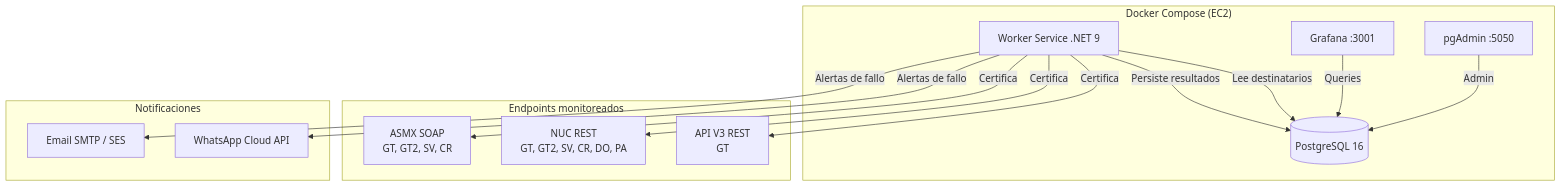
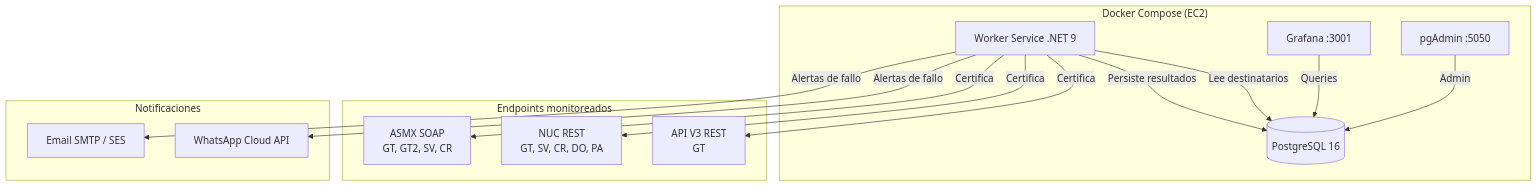
The diagram in README.md (alehernandezdf/RegionalCertMonitor), drawn with Mermaid before and after one commit. The commit also changed other lines of this file, not shown here.

Commit message:
[AHL][BE-672] docs - Correccion: GT2 solo monitorea ASMX (NucCertEndpoint vacio en appsettings.GT2.json)

````diff
--- a/README.md
+++ b/README.md
@@ -41,30 +41,30 @@
 ```mermaid
 graph TB
     subgraph "Docker Compose (EC2)"
         WS[Worker Service .NET 9]
         PG[(PostgreSQL 16)]
         GF[Grafana :3001]
         PGA[pgAdmin :5050]
     end
 
     subgraph "Endpoints monitoreados"
         ASMX[ASMX SOAP<br/>GT, GT2, SV, CR]
-        NUC[NUC REST<br/>GT, GT2, SV, CR, DO, PA]
+        NUC[NUC REST<br/>GT, SV, CR, DO, PA]
         API[API V3 REST<br/>GT]
     end
 
     subgraph "Notificaciones"
         SES[Email SMTP / SES]
         WA[WhatsApp Cloud API]
     end
 
     WS -->|Certifica| ASMX
     WS -->|Certifica| NUC
     WS -->|Certifica| API
     WS -->|Persiste resultados| PG
     WS -->|Alertas de fallo| SES
     WS -->|Alertas de fallo| WA
     WS -->|Lee destinatarios| PG
     GF -->|Queries| PG
     PGA -->|Admin| PG
 ```
````
